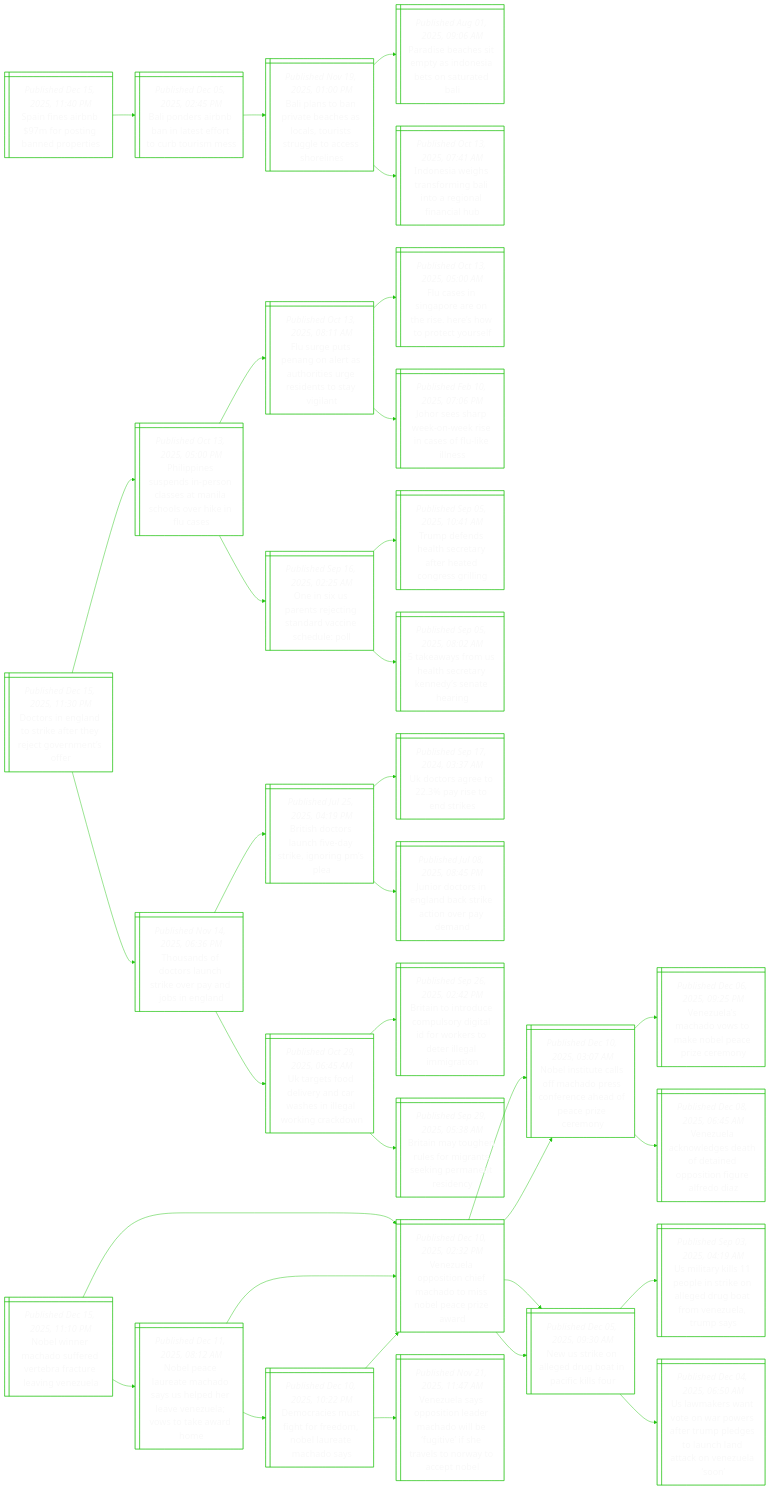
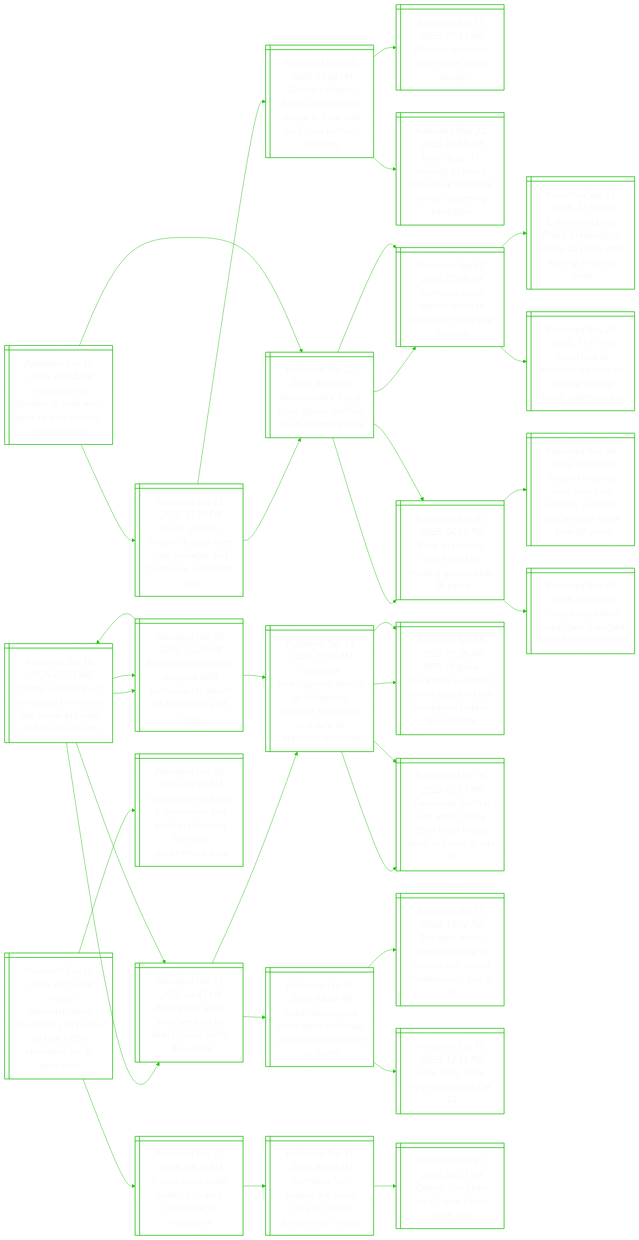
Before and after one commit to notJmes/notJmes: the diagram in README.md, drawn with Mermaid. The commit also changed other lines of this file, not shown here.

````diff
--- a/README.md
+++ b/README.md
@@ -16,112 +16,112 @@
 flowchart LR
 classDef txtsize font-size:20px;
 
-SfAbpnnoi@{ shape: win-pane, label: "_Published Dec 15, 2025, 11:40 PM_
-Spain fines airbnb $97m for posting banned properties" }
-Bosniefotss@{ shape: win-pane, label: "_Published Dec 05, 2025, 02:45 PM_
-Bali ponders airbnb ban in latest effort to curb tourism mess" }
-Blorehlsitlcsl@{ shape: win-pane, label: "_Published Nov 19, 2025, 01:00 PM_
-Bali plans to ban private beaches as locals, tourists struggle to access shorelines" }
-PiaspIeesaa@{ shape: win-pane, label: "_Published Aug 01, 2025, 09:06 AM_
-Paradise beaches sit empty as indonesia bets on saturated bali" }
-Ieetfniaoiib@{ shape: win-pane, label: "_Published Oct 13, 2025, 07:41 AM_
-Indonesia weighs transforming bali into a regional financial hub" }
+Tafioeemnss@{ shape: win-pane, label: "_Published Dec 16, 2025, 03:54 AM_
+Thousands of glaciers to melt each year by mid-century, study shows" }
+Sgerhyrtfntsts@{ shape: win-pane, label: "_Published Oct 01, 2025, 03:09 PM_
+Swiss glaciers shrank sharply after light snowfall and heatwave, scientists say" }
+Gelbsznlnnkemn@{ shape: win-pane, label: "_Published May 28, 2025, 11:04 PM_
+Glacier collapse buries switzerland village in mud and rock, one person missing" }
+Mvkemssa@{ shape: win-pane, label: "_Published Jun 17, 2023, 01:13 AM_
+Massive rockslide just misses swiss village" }
+Fesavnkhhrrai@{ shape: win-pane, label: "_Published May 22, 2025, 05:55 PM_
+Four dead, 17 missing as heavy rains soak southern china, triggering landslides" }
+Sednecegaic@{ shape: win-pane, label: "_Published Sep 22, 2025, 06:46 PM_
+Switzerland’s ‘dying’ gries glacier melting at an alarming pace" }
+Stwgtsticoes@{ shape: win-pane, label: "_Published Sep 09, 2025, 07:00 PM_
+Scientists warn against plans to artificially cool polar regions" }
+Bfindlgeer@{ shape: win-pane, label: "_Published Aug 07, 2025, 04:59 PM_
+Body of missing man found on melting glacier after 28 years" }
+Sednecegaic@{ shape: win-pane, label: "_Published Sep 22, 2025, 06:46 PM_
+Switzerland’s ‘dying’ gries glacier melting at an alarming pace" }
+Stwgtsticoes@{ shape: win-pane, label: "_Published Sep 09, 2025, 07:00 PM_
+Scientists warn against plans to artificially cool polar regions" }
+CseflaurataAch@{ shape: win-pane, label: "_Published Sep 03, 2025, 12:59 AM_
+Colossal iceberg finally breaking up nearly 40 years after leaving antarctic shelf" }
+Rlfriyitnnet@{ shape: win-pane, label: "_Published Aug 20, 2025, 11:17 PM_
+Rapid loss of antarctic ice may be climate tipping point, scientists say" }
+Bfindlgeer@{ shape: win-pane, label: "_Published Aug 07, 2025, 04:59 PM_
+Body of missing man found on melting glacier after 28 years" }
+BfindlAiaamha@{ shape: win-pane, label: "_Published Aug 24, 2023, 01:40 PM_
+Body of missing man found on melting austrian glacier after more than 20 years" }
+Holnimeydr@{ shape: win-pane, label: "_Published Aug 05, 2025, 06:07 PM_
+Hong kong police investigate mangled body found on street" }
 
-SfAbpnnoi:::txtsize --> Bosniefotss:::txtsize
-Bosniefotss:::txtsize --> Blorehlsitlcsl:::txtsize
-Blorehlsitlcsl:::txtsize --> PiaspIeesaa:::txtsize
-Blorehlsitlcsl:::txtsize --> Ieetfniaoiib:::txtsize
+Tafioeemnss:::txtsize --> Sgerhyrtfntsts:::txtsize
+Sgerhyrtfntsts:::txtsize --> Gelbsznlnnkemn:::txtsize
+Gelbsznlnnkemn:::txtsize --> Mvkemssa:::txtsize
+Gelbsznlnnkemn:::txtsize --> Fesavnkhhrrai:::txtsize
+Sgerhyrtfntsts:::txtsize --> Sednecegaic:::txtsize
+Sednecegaic:::txtsize --> Stwgtsticoes:::txtsize
+Sednecegaic:::txtsize --> Bfindlgeer:::txtsize
+Tafioeemnss:::txtsize --> Sednecegaic:::txtsize
+Sednecegaic:::txtsize --> Stwgtsticoes:::txtsize
+Stwgtsticoes:::txtsize --> CseflaurataAch:::txtsize
+Stwgtsticoes:::txtsize --> Rlfriyitnnet:::txtsize
+Sednecegaic:::txtsize --> Bfindlgeer:::txtsize
+Bfindlgeer:::txtsize --> BfindlAiaamha:::txtsize
+Bfindlgeer:::txtsize --> Holnimeydr:::txtsize
 
-Drndrfhjomo@{ shape: win-pane, label: "_Published Dec 15, 2025, 11:30 PM_
-Doctors in england to strike after they reject government’s offer" }
-Ppsenostlovkle@{ shape: win-pane, label: "_Published Oct 13, 2025, 05:00 PM_
-Philippines suspends in-person classes at manila schools over hike in flu cases" }
-Frtaaahigisai@{ shape: win-pane, label: "_Published Oct 13, 2025, 08:11 AM_
-Flu surge puts penang on alert as authorities urge residents to stay vigilant" }
-FsSprhesoeuf@{ shape: win-pane, label: "_Published Oct 13, 2025, 05:00 AM_
-Flu cases in singapore are on the rise. here’s how to protect yourself" }
-Jshewicolls@{ shape: win-pane, label: "_Published Feb 10, 2025, 07:06 PM_
-Johor sees sharp week-on-week rise in cases of flu-like illness" }
-Osptegdaedo@{ shape: win-pane, label: "_Published Sep 16, 2025, 02:25 AM_
-One in six us parents rejecting standard vaccine schedule: poll" }
-Tddlcretnsl@{ shape: win-pane, label: "_Published Sep 05, 2025, 10:41 AM_
-Trump defends health secretary after heated congress grilling" }
-twrHheKdneg@{ shape: win-pane, label: "_Published Sep 05, 2025, 08:02 AM_
-5 takeaways from us health secretary kennedy’s senate hearing" }
-Tafoutoajna@{ shape: win-pane, label: "_Published Nov 14, 2025, 06:36 PM_
-Thousands of doctors launch strike over pay and jobs in england" }
-Bstafaingl@{ shape: win-pane, label: "_Published Jul 25, 2025, 04:19 PM_
-British doctors launch five-day strike, ignoring pm’s plea" }
-Utgoier@{ shape: win-pane, label: "_Published Sep 17, 2024, 03:37 AM_
-Uk doctors agree to 22.3% pay rise to end strikes" }
-JroEnkkiedd@{ shape: win-pane, label: "_Published Jul 08, 2025, 08:45 PM_
-Junior doctors in england back strike action over pay demand" }
-Ugolyahiakro@{ shape: win-pane, label: "_Published Oct 29, 2025, 06:45 AM_
-Uk targets food delivery and car washes in illegal working crackdown" }
-BinumogIwrellgo@{ shape: win-pane, label: "_Published Sep 26, 2025, 02:42 PM_
-Britain to introduce compulsory digital id for workers to deter illegal immigration" }
-Biteemnepnen@{ shape: win-pane, label: "_Published Sep 29, 2025, 05:38 AM_
-Britain may toughen rules for migrants seeking permanent residency" }
+TcmoileRrghne@{ shape: win-pane, label: "_Published Dec 16, 2025, 03:21 AM_
+Trump condemned for saying filmmaker rob reiner brought on his own murder" }
+Richtdtsle@{ shape: win-pane, label: "_Published Dec 15, 2025, 04:45 PM_
+Rob reiner, actor who went on to direct classic films, dies at 78" }
+Uivgghoorreafpni@{ shape: win-pane, label: "_Published Dec 15, 2025, 11:45 AM_
+Us police investigating deaths of hollywood director rob reiner and wife as apparent homicide" }
+WfHaroetimsrit@{ shape: win-pane, label: "_Published Apr 16, 2025, 09:39 AM_
+Wife of gene hackman searched online about flu-like symptoms before their deaths" }
+TnalaCCuuaoa@{ shape: win-pane, label: "_Published Mar 16, 2025, 05:51 PM_
+Taiwanese martial arts actor chang chen-huan found dead at home at age 65" }
+Owncecafndm@{ shape: win-pane, label: "_Published Feb 27, 2025, 04:47 PM_
+Oscar-winning us actor gene hackman and wife found dead at home" }
+Tacmeroauasdt@{ shape: win-pane, label: "_Published Oct 31, 2024, 12:30 PM_
+Teri garr, oscar-nominated star of tootsie and young frankenstein, dies at 79" }
+Ltcyea@{ shape: win-pane, label: "_Published Dec 09, 2023, 12:15 PM_
+Love story actor ryan o’neal dead at 82" }
+Riscrimeefmaf@{ shape: win-pane, label: "_Published Dec 16, 2025, 12:23 AM_
+Rob reiner’s son nick charged with homicide for death of filmmaker and wife" }
+Uivgghoorreafpni@{ shape: win-pane, label: "_Published Dec 15, 2025, 11:45 AM_
+Us police investigating deaths of hollywood director rob reiner and wife as apparent homicide" }
+WfHaroetimsrit@{ shape: win-pane, label: "_Published Apr 16, 2025, 09:39 AM_
+Wife of gene hackman searched online about flu-like symptoms before their deaths" }
+TnalaCCuuaoa@{ shape: win-pane, label: "_Published Mar 16, 2025, 05:51 PM_
+Taiwanese martial arts actor chang chen-huan found dead at home at age 65" }
+TcmoileRrghne@{ shape: win-pane, label: "_Published Dec 16, 2025, 03:21 AM_
+Trump condemned for saying filmmaker rob reiner brought on his own murder" }
+Richtdtsle@{ shape: win-pane, label: "_Published Dec 15, 2025, 04:45 PM_
+Rob reiner, actor who went on to direct classic films, dies at 78" }
+Riscrimeefmaf@{ shape: win-pane, label: "_Published Dec 16, 2025, 12:23 AM_
+Rob reiner’s son nick charged with homicide for death of filmmaker and wife" }
 
-Drndrfhjomo:::txtsize --> Ppsenostlovkle:::txtsize
-Ppsenostlovkle:::txtsize --> Frtaaahigisai:::txtsize
-Frtaaahigisai:::txtsize --> FsSprhesoeuf:::txtsize
-Frtaaahigisai:::txtsize --> Jshewicolls:::txtsize
-Ppsenostlovkle:::txtsize --> Osptegdaedo:::txtsize
-Osptegdaedo:::txtsize --> Tddlcretnsl:::txtsize
-Osptegdaedo:::txtsize --> twrHheKdneg:::txtsize
-Drndrfhjomo:::txtsize --> Tafoutoajna:::txtsize
-Tafoutoajna:::txtsize --> Bstafaingl:::txtsize
-Bstafaingl:::txtsize --> Utgoier:::txtsize
-Bstafaingl:::txtsize --> JroEnkkiedd:::txtsize
-Tafoutoajna:::txtsize --> Ugolyahiakro:::txtsize
-Ugolyahiakro:::txtsize --> BinumogIwrellgo:::txtsize
-Ugolyahiakro:::txtsize --> Biteemnepnen:::txtsize
+TcmoileRrghne:::txtsize --> Richtdtsle:::txtsize
+Richtdtsle:::txtsize --> Uivgghoorreafpni:::txtsize
+Uivgghoorreafpni:::txtsize --> WfHaroetimsrit:::txtsize
+Uivgghoorreafpni:::txtsize --> TnalaCCuuaoa:::txtsize
+Richtdtsle:::txtsize --> Owncecafndm:::txtsize
+Owncecafndm:::txtsize --> Tacmeroauasdt:::txtsize
+Owncecafndm:::txtsize --> Ltcyea:::txtsize
+TcmoileRrghne:::txtsize --> Riscrimeefmaf:::txtsize
+Riscrimeefmaf:::txtsize --> Uivgghoorreafpni:::txtsize
+Uivgghoorreafpni:::txtsize --> WfHaroetimsrit:::txtsize
+Uivgghoorreafpni:::txtsize --> TnalaCCuuaoa:::txtsize
+Riscrimeefmaf:::txtsize --> TcmoileRrghne:::txtsize
+TcmoileRrghne:::txtsize --> Richtdtsle:::txtsize
+TcmoileRrghne:::txtsize --> Riscrimeefmaf:::txtsize
 
-Nwrafderrvee@{ shape: win-pane, label: "_Published Dec 15, 2025, 11:10 PM_
-Nobel winner machado suffered vertebra fracture leaving venezuela" }
-NPlacsSelVuotwo@{ shape: win-pane, label: "_Published Dec 11, 2025, 08:12 AM_
-Nobel peace laureate machado says us helped her leave venezuela; vows to take award home" }
-DrsffeNlacs@{ shape: win-pane, label: "_Published Dec 10, 2025, 10:22 PM_
-Democracies must fight for freedom, nobel laureate machado says" }
-Vupthaoseczr@{ shape: win-pane, label: "_Published Dec 10, 2025, 02:32 PM_
-Venezuela opposition chief machado to miss nobel peace prize award" }
-Vuapiaaobiitloteb@{ shape: win-pane, label: "_Published Nov 21, 2025, 11:47 AM_
-Venezuela says opposition leader machado will be ‘fugitive’ if she travels to norway to accept nobel" }
-Vupthaoseczr@{ shape: win-pane, label: "_Published Dec 10, 2025, 02:32 PM_
-Venezuela opposition chief machado to miss nobel peace prize award" }
-NItafhroehfeem@{ shape: win-pane, label: "_Published Dec 10, 2025, 03:07 AM_
-Nobel institute calls off machado press conference ahead of peace prize ceremony" }
-NseldoPilr@{ shape: win-pane, label: "_Published Dec 05, 2025, 09:30 AM_
-New us strike on alleged drug boat in pacific kills four" }
-Vupthaoseczr@{ shape: win-pane, label: "_Published Dec 10, 2025, 02:32 PM_
-Venezuela opposition chief machado to miss nobel peace prize award" }
-NItafhroehfeem@{ shape: win-pane, label: "_Published Dec 10, 2025, 03:07 AM_
-Nobel institute calls off machado press conference ahead of peace prize ceremony" }
-VuMdskecze@{ shape: win-pane, label: "_Published Dec 06, 2025, 09:25 PM_
-Venezuela’s machado vows to make nobel peace prize ceremony" }
-Vuclshtdsnrri@{ shape: win-pane, label: "_Published Dec 08, 2025, 06:45 AM_
-Venezuela acknowledges death of detained opposition figure alfredo diaz" }
-NseldoPilr@{ shape: win-pane, label: "_Published Dec 05, 2025, 09:30 AM_
-New us strike on alleged drug boat in pacific kills four" }
-UikperngutVura@{ shape: win-pane, label: "_Published Sep 03, 2025, 04:19 AM_
-Us military kills 11 people in strike on alleged drug boat from venezuela, trump says" }
-UmsvnoaTpealtoea@{ shape: win-pane, label: "_Published Dec 04, 2025, 06:50 AM_
-Us lawmakers want vote on war powers after trump pledges to launch land attack on venezuela ‘soon’" }
+Taitaeptenfto@{ shape: win-pane, label: "_Published Dec 16, 2025, 03:13 AM_
+Trump administration launches campaign to hire 1,000 engineers for ai, tech roles" }
+Taotniddfoevet@{ shape: win-pane, label: "_Published Nov 25, 2025, 08:30 AM_
+Trump aims to boost ai innovation and build platform to harness government data" }
+TsosniteIln@{ shape: win-pane, label: "_Published Dec 12, 2025, 08:10 AM_
+Trump signs order seeking to limit state-level ai regulation" }
+HenluSotbtd@{ shape: win-pane, label: "_Published Dec 11, 2025, 05:00 AM_
+Harmless fun? people are using sora to create problematic videos" }
+OIcotTyp@{ shape: win-pane, label: "_Published Oct 01, 2025, 04:31 PM_
+Openai launches sora 2 with tiktok-style app" }
 
-Nwrafderrvee:::txtsize --> NPlacsSelVuotwo:::txtsize
-NPlacsSelVuotwo:::txtsize --> DrsffeNlacs:::txtsize
-DrsffeNlacs:::txtsize --> Vupthaoseczr:::txtsize
-DrsffeNlacs:::txtsize --> Vuapiaaobiitloteb:::txtsize
-NPlacsSelVuotwo:::txtsize --> Vupthaoseczr:::txtsize
-Vupthaoseczr:::txtsize --> NItafhroehfeem:::txtsize
-Vupthaoseczr:::txtsize --> NseldoPilr:::txtsize
-Nwrafderrvee:::txtsize --> Vupthaoseczr:::txtsize
-Vupthaoseczr:::txtsize --> NItafhroehfeem:::txtsize
-NItafhroehfeem:::txtsize --> VuMdskecze:::txtsize
-NItafhroehfeem:::txtsize --> Vuclshtdsnrri:::txtsize
-Vupthaoseczr:::txtsize --> NseldoPilr:::txtsize
-NseldoPilr:::txtsize --> UikperngutVura:::txtsize
-NseldoPilr:::txtsize --> UmsvnoaTpealtoea:::txtsize
+Taitaeptenfto:::txtsize --> Taotniddfoevet:::txtsize
+Taitaeptenfto:::txtsize --> TsosniteIln:::txtsize
+TsosniteIln:::txtsize --> HenluSotbtd:::txtsize
+HenluSotbtd:::txtsize --> OIcotTyp:::txtsize
 
 ```
````
